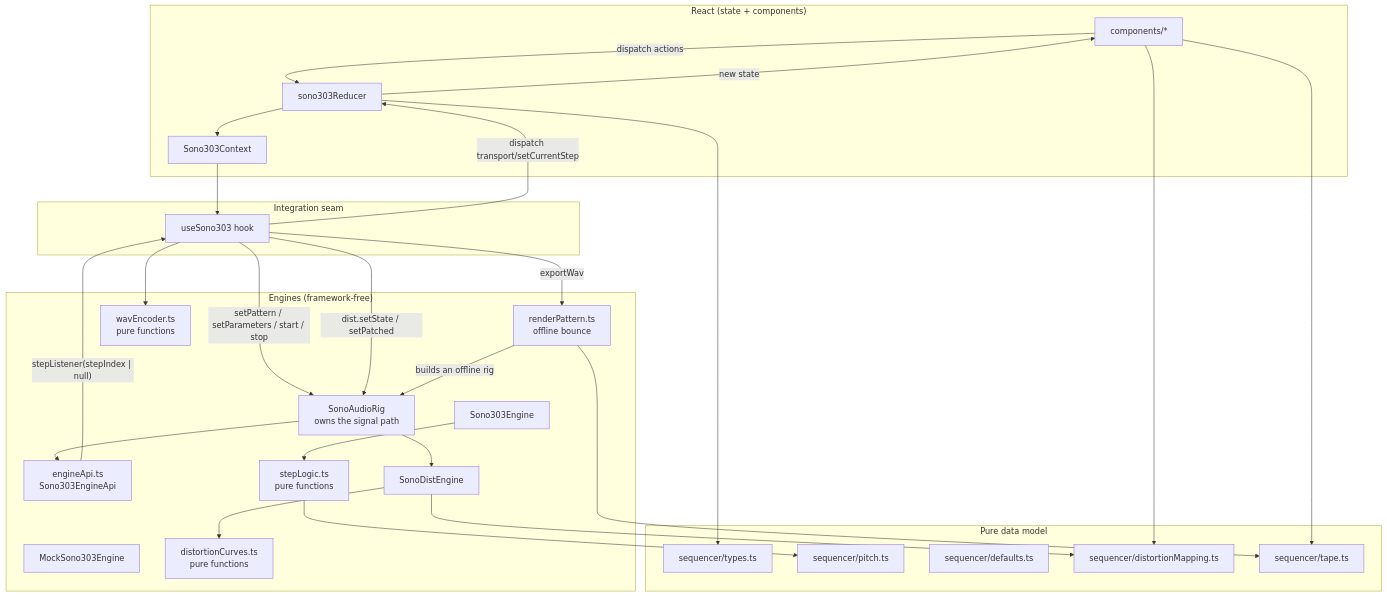
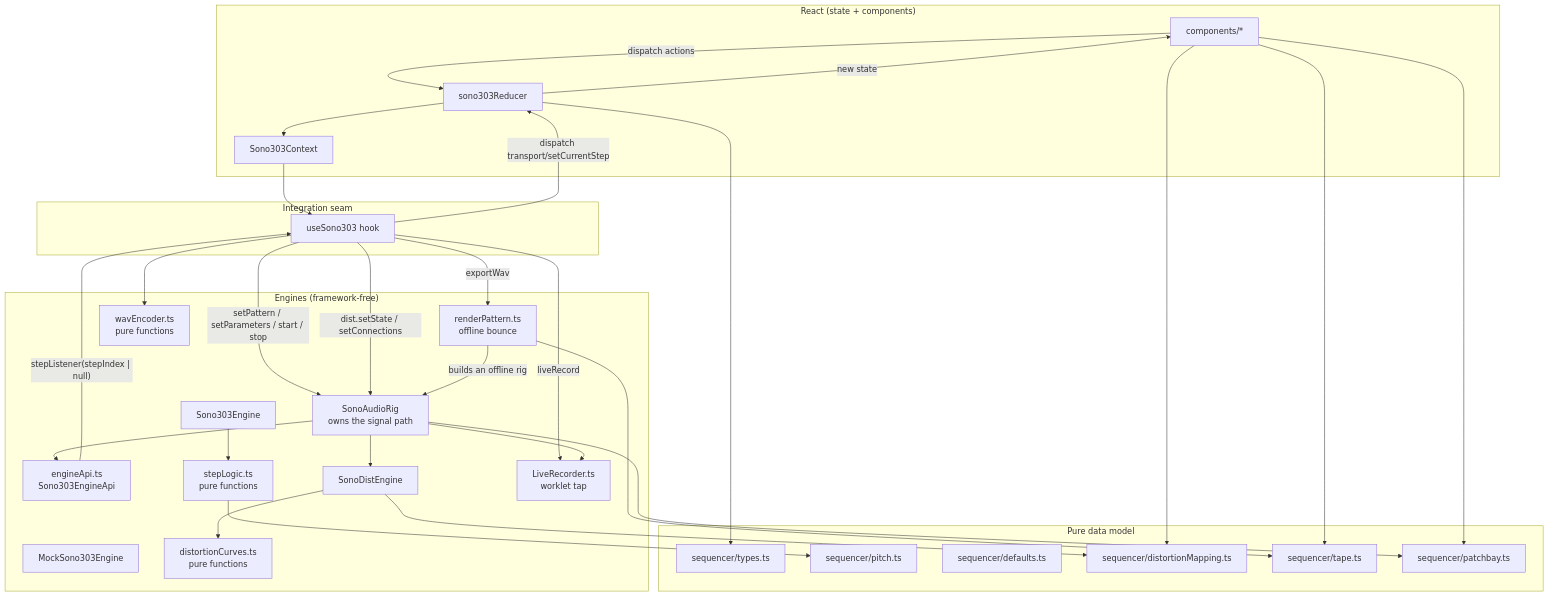
One commit to noah-blanchard/sono-303 changed the first of 3 diagrams in docs/ARCHITECTURE.md. Above: the diagram before and after it, drawn with Mermaid. The commit also changed other lines of this file and 23 other files, not shown here.

````diff
--- a/docs/ARCHITECTURE.md
+++ b/docs/ARCHITECTURE.md
@@ -93,48 +104,54 @@
 ```mermaid
 flowchart TD
     subgraph UI["React (state + components)"]
         C[components/*] -- dispatch actions --> R[sono303Reducer]
         R -- new state --> C
         R --> CTX[Sono303Context]
     end
     subgraph SEAM["Integration seam"]
         H[useSono303 hook]
     end
     subgraph ENGINE["Engines (framework-free)"]
         RIG[SonoAudioRig<br/>owns the signal path]
         API[engineApi.ts<br/>Sono303EngineApi]
         MOCK[MockSono303Engine]
         REAL[Sono303Engine]
         LOGIC[stepLogic.ts<br/>pure functions]
         DIST[SonoDistEngine]
         CURVES[distortionCurves.ts<br/>pure functions]
         RENDER[renderPattern.ts<br/>offline bounce]
         WAV[wavEncoder.ts<br/>pure functions]
+        LIVE[LiveRecorder.ts<br/>worklet tap]
     end
     subgraph SEQ["Pure data model"]
         T[sequencer/types.ts]
         P[sequencer/pitch.ts]
         D[sequencer/defaults.ts]
         M[sequencer/distortionMapping.ts]
         TAPE[sequencer/tape.ts]
+        BAY[sequencer/patchbay.ts]
     end;
 
     CTX --> H
     H -- setPattern / setParameters / start / stop --> RIG
-    H -- dist.setState / setPatched --> RIG
+    H -- dist.setState / setConnections --> RIG
     RIG --> API
     RIG --> DIST
     API -- stepListener(stepIndex | null) --> H
     REAL --> LOGIC
     DIST --> CURVES
     DIST --> M
     C --> M
     H -- dispatch transport/setCurrentStep --> R
     H -- exportWav --> RENDER
     RENDER -- builds an offline rig --> RIG
     RENDER --> TAPE
     H --> WAV
+    H -- liveRecord --> LIVE
+    RIG --> LIVE
+    RIG --> BAY
     C --> TAPE
+    C --> BAY
     R --> T
     LOGIC --> P
 ```
````
